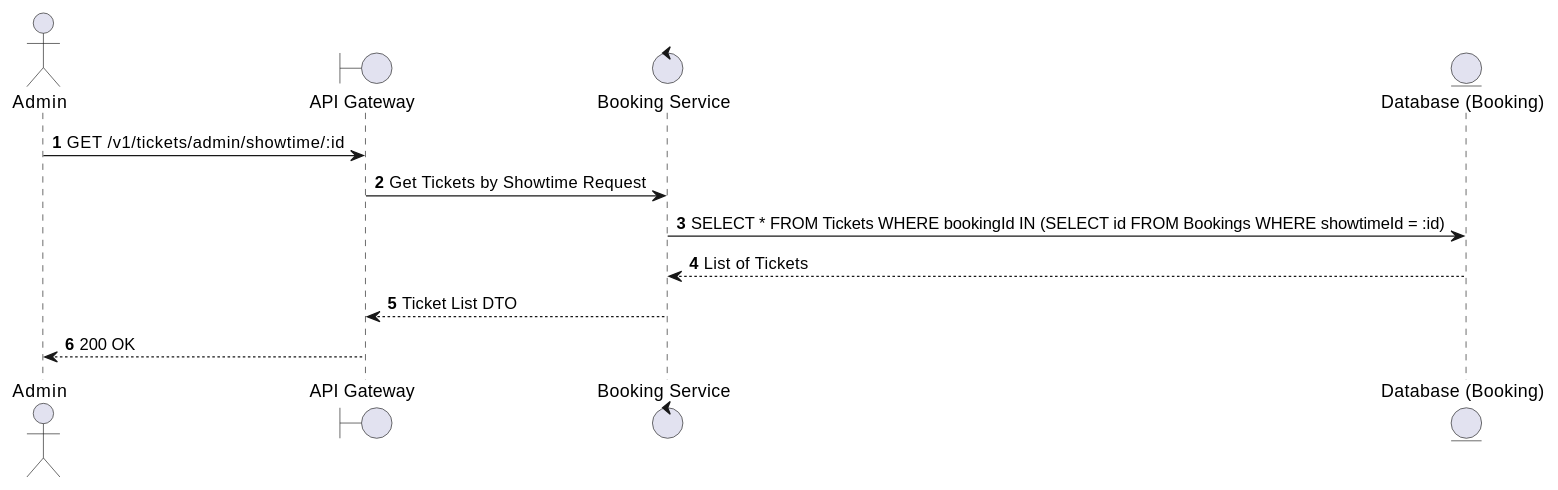
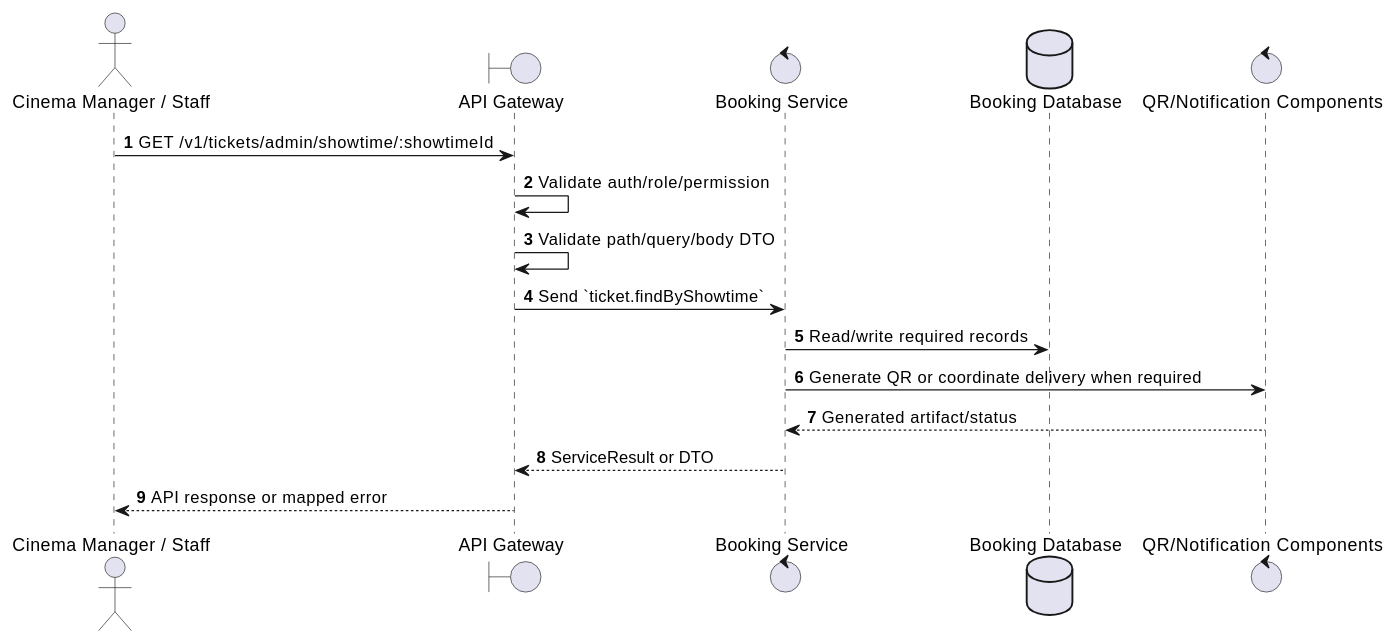
The first of 2 diagrams in docs/functional_specs/3.7_Ticket_Management_Module/TK-A02_Find_Tickets_by_Showtime.md (Tanh1603/movie-hub-architecture), drawn with PlantUML before and after one commit. The commit also changed other lines of this file and 126 other files, not shown here.

````diff
--- a/docs/functional_specs/3.7_Ticket_Management_Module/TK-A02_Find_Tickets_by_Showtime.md
+++ b/docs/functional_specs/3.7_Ticket_Management_Module/TK-A02_Find_Tickets_by_Showtime.md
@@ -17,16 +17,20 @@
 ```plantuml
 @startuml
 autonumber
-actor Admin
+actor "Cinema Manager / Staff" as Actor
 boundary "API Gateway" as GW
-control "Booking Service" as BS
-entity "Database (Booking)" as DB
+control "Booking Service" as SVC
+database "Booking Database" as DB
+control "QR/Notification Components" as EXT
 
-Admin -> GW: GET /v1/tickets/admin/showtime/:id
-GW -> BS: Get Tickets by Showtime Request
-BS -> DB: SELECT * FROM Tickets WHERE bookingId IN (SELECT id FROM Bookings WHERE showtimeId = :id)
-DB --> BS: List of Tickets
-BS --> GW: Ticket List DTO
-GW --> Admin: 200 OK
+Actor -> GW: GET /v1/tickets/admin/showtime/:showtimeId
+GW -> GW: Validate auth/role/permission
+GW -> GW: Validate path/query/body DTO
+GW -> SVC: Send `ticket.findByShowtime`
+SVC -> DB: Read/write required records
+SVC -> EXT: Generate QR or coordinate delivery when required
+EXT --> SVC: Generated artifact/status
+SVC --> GW: ServiceResult or DTO
+GW --> Actor: API response or mapped error
 @enduml
 ```
````
